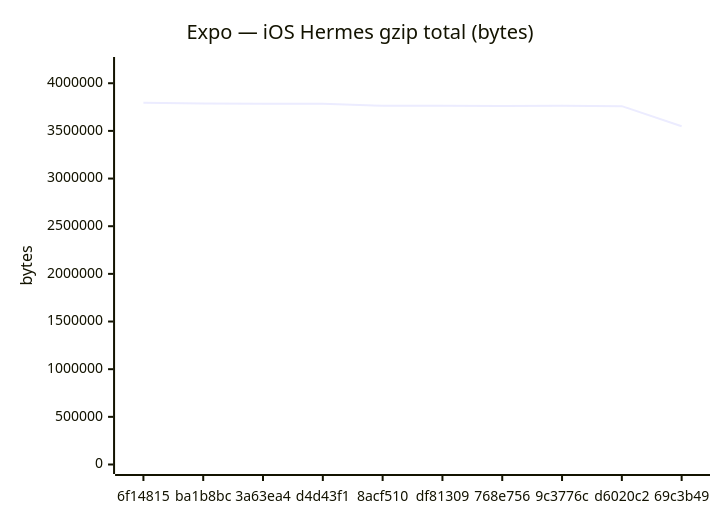
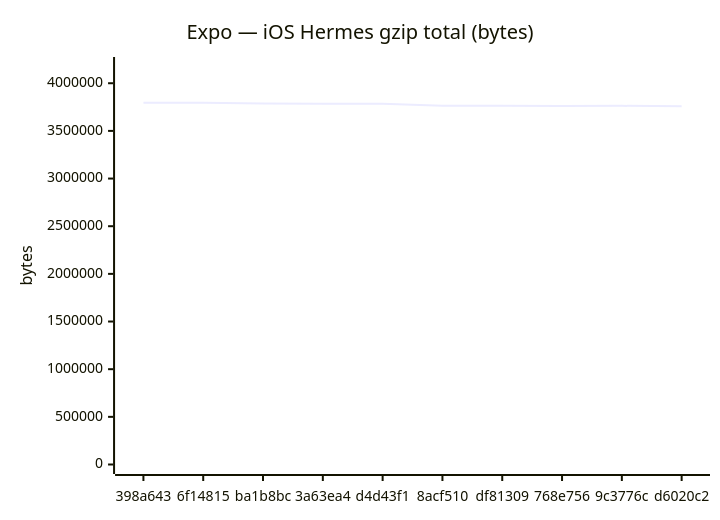
One commit to Metaheurist/Rianell changed the sixth of 18 diagrams in benchmarks/compare.md. Above: the diagram before and after it, drawn with Mermaid. The commit also changed other lines of this file and 11 other files, not shown here.

````diff
--- a/benchmarks/compare.md
+++ b/benchmarks/compare.md
@@ -96,7 +96,7 @@
 ```mermaid
 xychart-beta
     title "Expo — iOS Hermes gzip total (bytes)"
-    x-axis ["6f14815", "ba1b8bc", "3a63ea4", "d4d43f1", "8acf510", "df81309", "768e756", "9c3776c", "d6020c2", "69c3b49"]
+    x-axis ["398a643", "6f14815", "ba1b8bc", "3a63ea4", "d4d43f1", "8acf510", "df81309", "768e756", "9c3776c", "d6020c2"]
     y-axis "bytes" 0 --> 4175606
-    line [3796005, 3788525, 3783517, 3783520, 3762734, 3762736, 3762498, 3762733, 3759872, 3548602]
+    line [3796002, 3796005, 3788525, 3783517, 3783520, 3762734, 3762736, 3762498, 3762733, 3759872]
 ```
````
